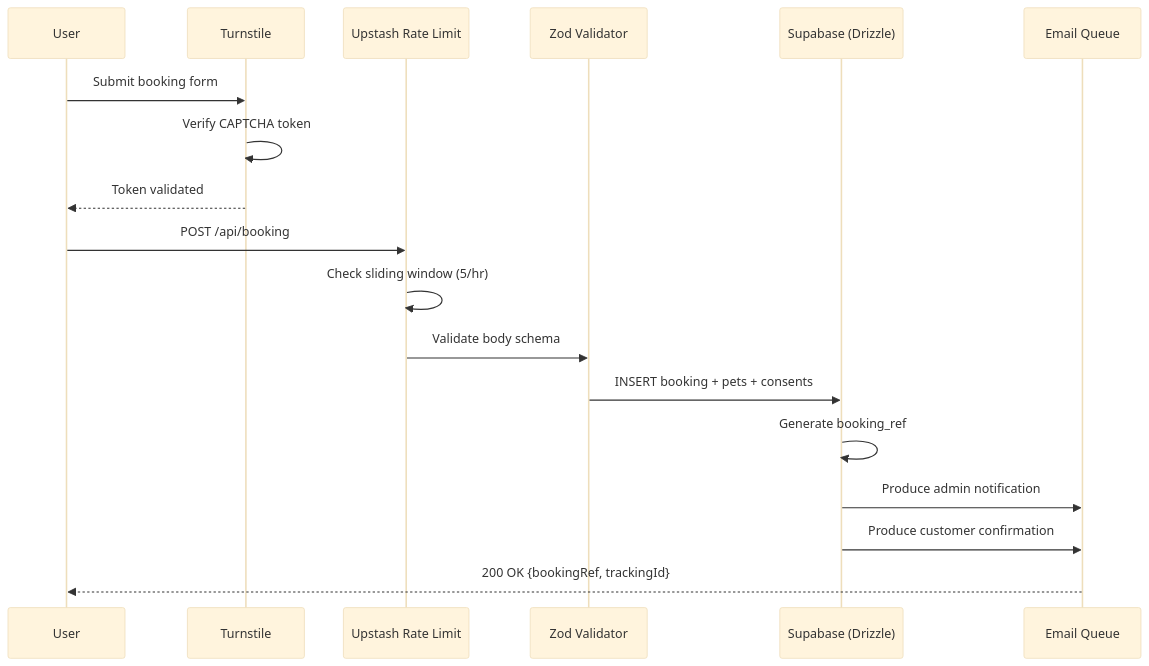
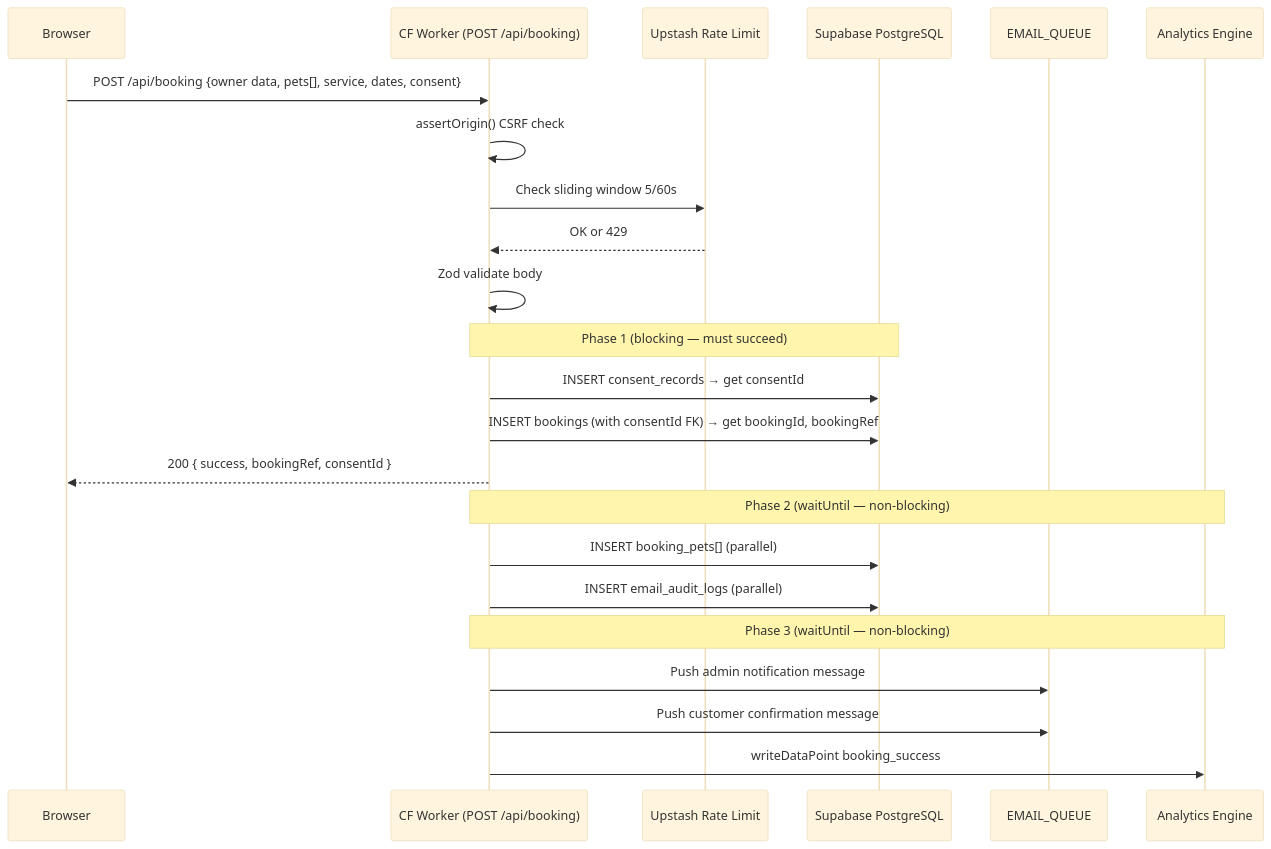
Before and after one commit to mascotasmadagascar-cmd/madagascar-documentation: the third of 6 diagrams in cf-astro/architecture.md, drawn with Mermaid (base theme). The commit also changed other lines of this file and 24 other files, not shown here.

Commit message:
docs: sync architectural updates, observability improvements, and service connection details

````diff
--- a/cf-astro/architecture.md
+++ b/cf-astro/architecture.md
@@ -86,21 +172,26 @@
 ```mermaid
 sequenceDiagram
-    participant U as User
-    participant T as Turnstile
+    participant Browser
+    participant Worker as CF Worker (POST /api/booking)
     participant RL as Upstash Rate Limit
-    participant Z as Zod Validator
-    participant DB as Supabase (Drizzle)
-    participant Q as Email Queue
+    participant DB as Supabase PostgreSQL
+    participant Q as EMAIL_QUEUE
+    participant AE as Analytics Engine
 
-    U->>T: Submit booking form
-    T->>T: Verify CAPTCHA token
-    T-->>U: Token validated
-    U->>RL: POST /api/booking
-    RL->>RL: Check sliding window (5/hr)
-    RL->>Z: Validate body schema
-    Z->>DB: INSERT booking + pets + consents
-    DB->>DB: Generate booking_ref
-    DB->>Q: Produce admin notification
-    DB->>Q: Produce customer confirmation
-    Q-->>U: 200 OK {bookingRef, trackingId}
+    Browser->>Worker: POST /api/booking {owner data, pets[], service, dates, consent}
+    Worker->>Worker: assertOrigin() CSRF check
+    Worker->>RL: Check sliding window 5/60s
+    RL-->>Worker: OK or 429
+    Worker->>Worker: Zod validate body
+    Note over Worker,DB: Phase 1 (blocking — must succeed)
+    Worker->>DB: INSERT consent_records → get consentId
+    Worker->>DB: INSERT bookings (with consentId FK) → get bookingId, bookingRef
+    Worker-->>Browser: 200 { success, bookingRef, consentId }
+    Note over Worker,AE: Phase 2 (waitUntil — non-blocking)
+    Worker->>DB: INSERT booking_pets[] (parallel)
+    Worker->>DB: INSERT email_audit_logs (parallel)
+    Note over Worker,AE: Phase 3 (waitUntil — non-blocking)
+    Worker->>Q: Push admin notification message
+    Worker->>Q: Push customer confirmation message
+    Worker->>AE: writeDataPoint booking_success
 ```
````
